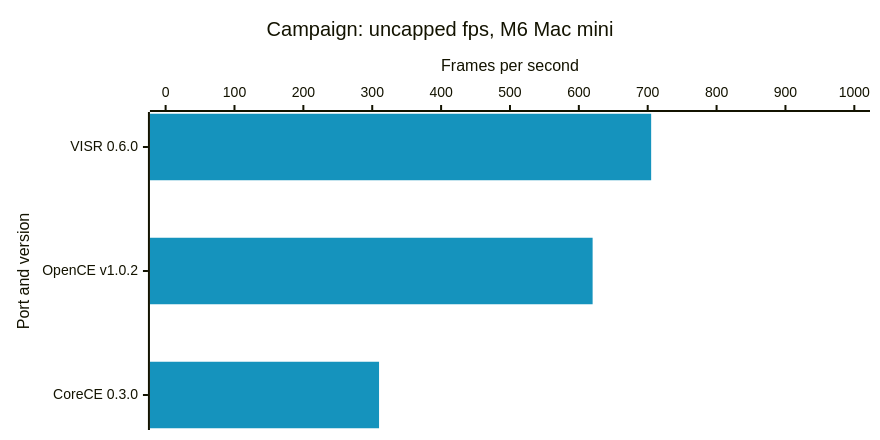
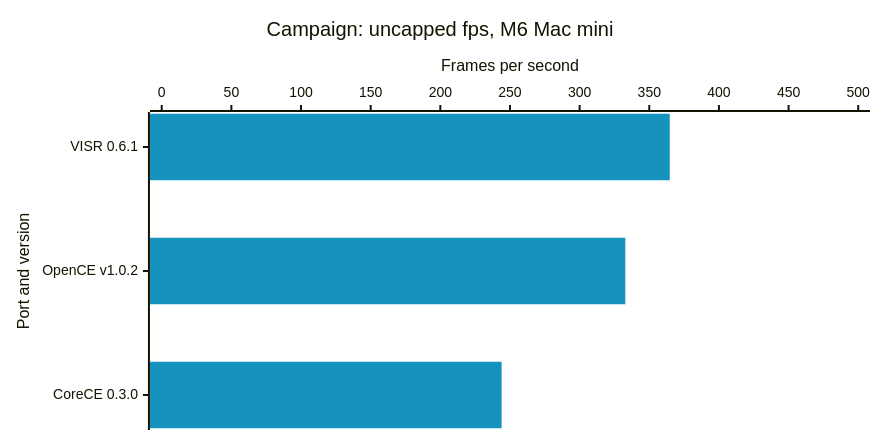
One commit to steverice/halo-ce-ios changed the first of 4 diagrams in docs/benchmarks.md. Above: the diagram before and after it, drawn with Mermaid. The commit also changed other lines of this file and 7 other files, not shown here.

Commit message:
✨ feat(benchmarks): chart the Mac's combat and cutscenes suites at 2560×1920 — adds the VISR 0.6.1, OpenCE-macOS v1.0.2 and CoreCE build 44 rows from two Mac minis to the snapshot, filters the Mac chart on the 2560×1920 drawable, and flags a build that lacks a window another drawn build has

````diff
--- a/docs/benchmarks.md
+++ b/docs/benchmarks.md
@@ -17,16 +17,16 @@
 ```mermaid
 ---
 config:
   xyChart:
     width: 860
     height: 420
   themeVariables:
     xyChart:
       plotColorPalette: "#1593bd, #c8870a"
 ---
 xychart-beta horizontal
     title "Campaign: uncapped fps, M6 Mac mini"
-    x-axis "Port and version" ["VISR 0.6.0", "OpenCE v1.0.2", "CoreCE 0.3.0"]
-    y-axis "Frames per second" 0 --> 1000
-    bar [705, 620, 309.9]
+    x-axis "Port and version" ["VISR 0.6.1", "OpenCE v1.0.2", "CoreCE 0.3.0"]
+    y-axis "Frames per second" 0 --> 500
+    bar [364.7, 332.8, 244]
 ```
````
